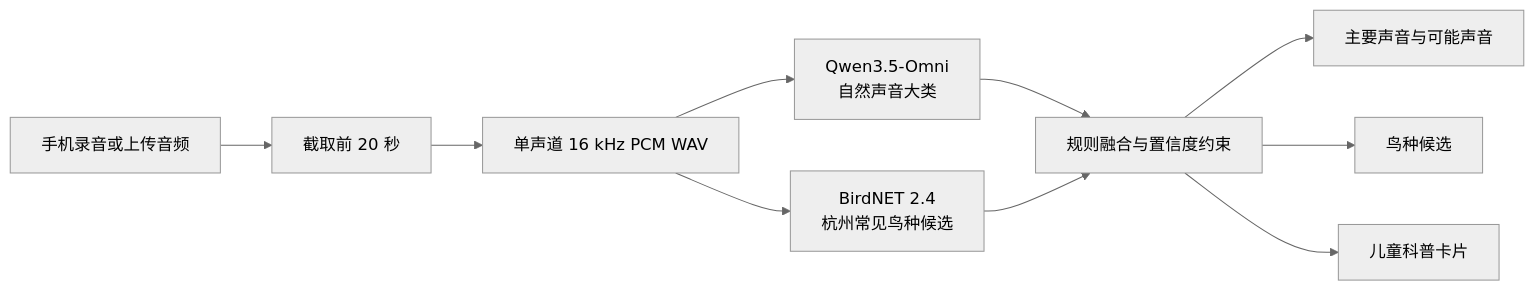
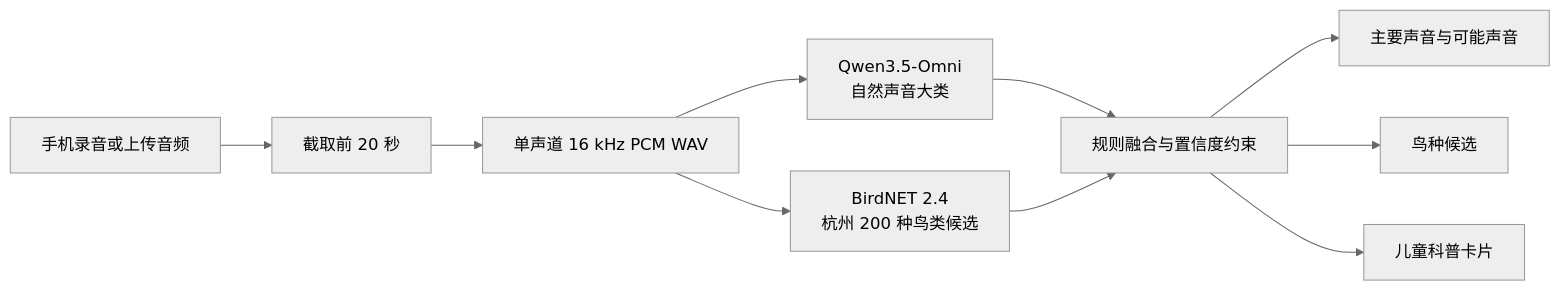
One commit to gqy20/nature-sound-detective changed the diagram in README.md. Above: the diagram before and after it, drawn with Mermaid (neutral theme). The commit also changed other lines of this file and 12 other files, not shown here.

Commit message:
feat: expand Hangzhou BirdNET catalog to 200 species

````diff
--- a/README.md
+++ b/README.md
@@ -24,12 +24,12 @@
 ```mermaid
 flowchart LR
     A[手机录音或上传音频] --> B[截取前 20 秒]
     B --> C[单声道 16 kHz PCM WAV]
     C --> D[Qwen3.5-Omni<br/>自然声音大类]
-    C --> E[BirdNET 2.4<br/>杭州常见鸟种候选]
+    C --> E[BirdNET 2.4<br/>杭州 200 种鸟类候选]
     D --> F[规则融合与置信度约束]
     E --> F
     F --> G[主要声音与可能声音]
     F --> H[鸟种候选]
     F --> I[儿童科普卡片]
 ```
````
